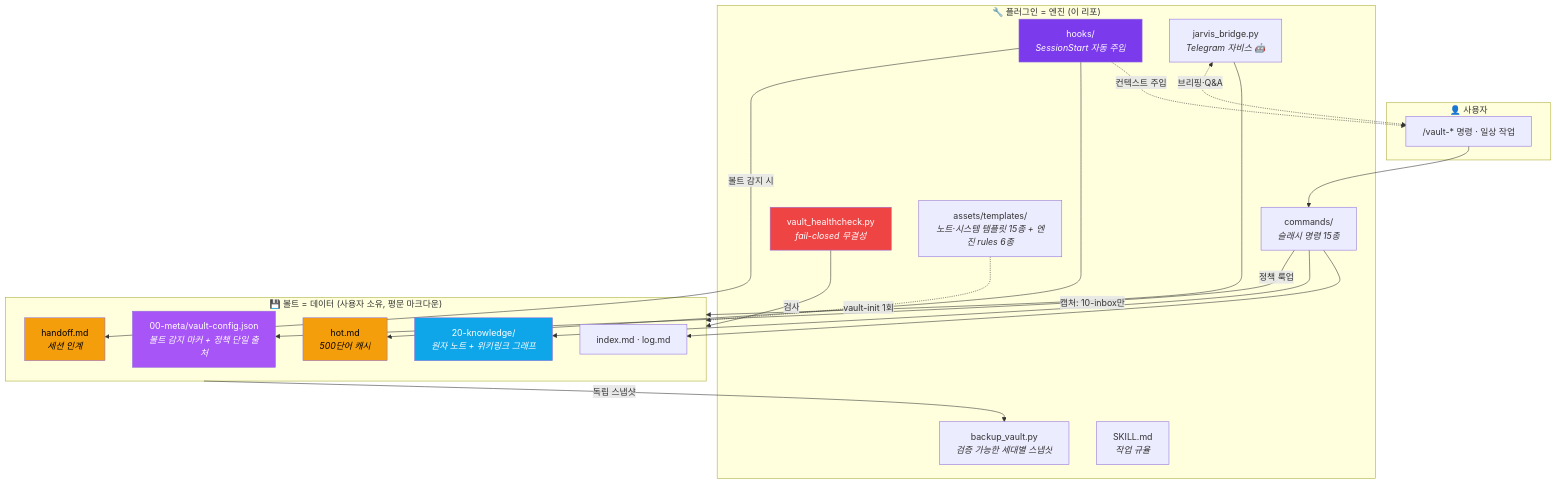
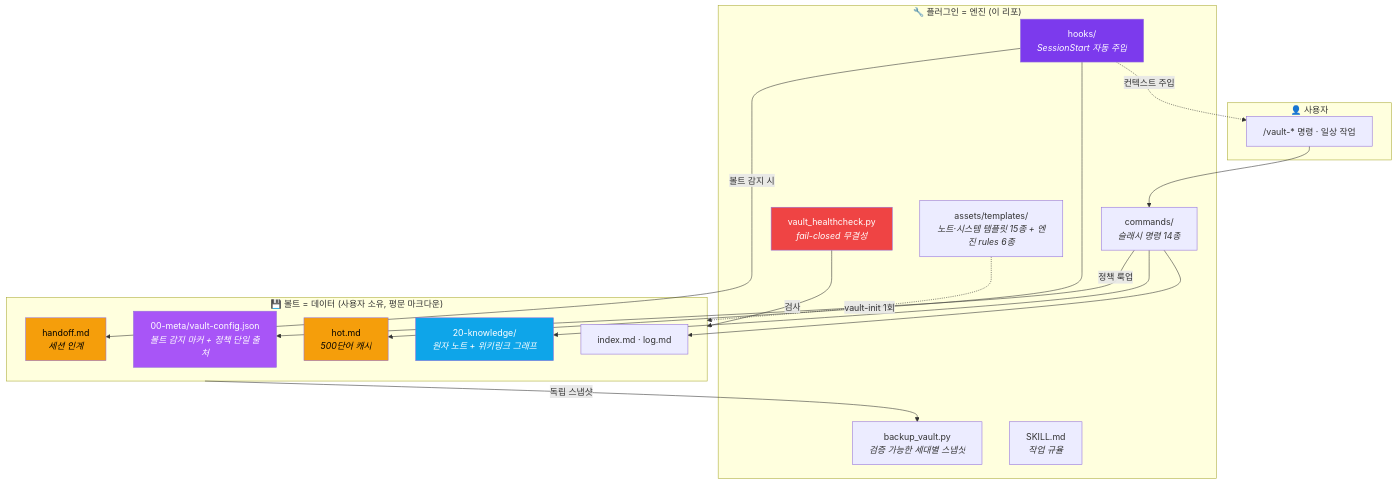
One commit to Technoetic/agentic-vault changed the second of 5 diagrams in README.md. Above: the diagram before and after it, drawn with Mermaid. The commit also changed other lines of this file and 64 other files, not shown here.

Commit message:
Remove the bundled Jarvis Telegram integration (#26)

````diff
--- a/README.md
+++ b/README.md
@@ -276,44 +274,41 @@
 ```mermaid
 flowchart TB
     subgraph user["👤 사용자"]
         U["/vault-* 명령 · 일상 작업"]
     end
 
     subgraph plugin["🔧 플러그인 = 엔진 (이 리포)"]
-        CMD["commands/<br/><i>슬래시 명령 15종</i>"]
+        CMD["commands/<br/><i>슬래시 명령 14종</i>"]
         HOOK["hooks/<br/><i>SessionStart 자동 주입</i>"]
         HC["vault_healthcheck.py<br/><i>fail-closed 무결성</i>"]
         BK["backup_vault.py<br/><i>검증 가능한 세대별 스냅샷</i>"]
-        JB["jarvis_bridge.py<br/><i>Telegram 자비스 🤖</i>"]
         TPL["assets/templates/<br/><i>노트·시스템 템플릿 15종 + 엔진 rules 6종</i>"]
         SK["SKILL.md<br/><i>작업 규율</i>"]
     end
 
     subgraph vault["💾 볼트 = 데이터 (사용자 소유, 평문 마크다운)"]
         CFG["00-meta/vault-config.json<br/><i>볼트 감지 마커 + 정책 단일 출처</i>"]
         HOT["hot.md<br/><i>500단어 캐시</i>"]
         HND["handoff.md<br/><i>세션 인계</i>"]
         IDX["index.md · log.md"]
         KNW["20-knowledge/<br/><i>원자 노트 + 위키링크 그래프</i>"]
     end
 
     U --> CMD
     TPL -.vault-init 1회.-> vault
     CMD -->|정책 룩업| CFG
     CMD --> KNW
     CMD --> IDX
     HOOK -->|볼트 감지 시| HND
     HOOK --> HOT
     HOOK -.컨텍스트 주입.-> U
     HC -->|검사| vault
     vault -->|독립 스냅샷| BK
-    JB -->|캡처: 10-inbox만| vault
-    JB <-.->|브리핑·Q&A| U
 
     style CFG fill:#A855F7,color:#fff
     style HOOK fill:#7C3AED,color:#fff
     style HC fill:#EF4444,color:#fff
     style HOT fill:#F59E0B,color:#000
     style HND fill:#F59E0B,color:#000
     style KNW fill:#0EA5E9,color:#fff
 ```
````
